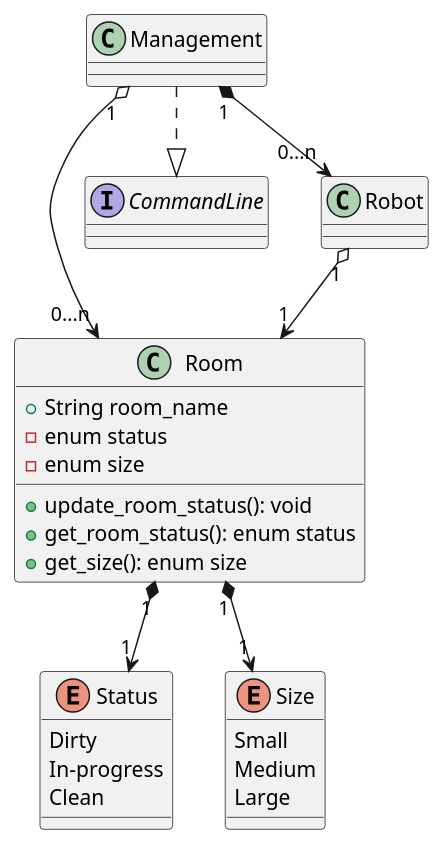
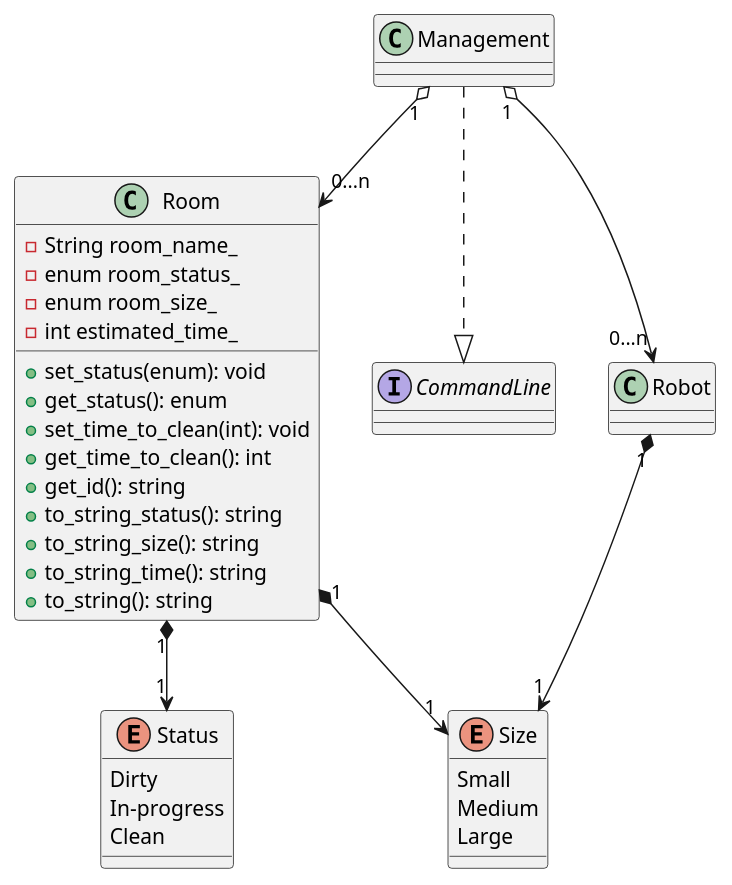
One commit to ur-cs-courses/course-project-krykna changed the diagram in docs/design/class_diagrams/room_class_diagram.puml. Above: the diagram before and after it, drawn with PlantUML. The commit also changed 2 other files, not shown here.

Commit message:
Updated the Room Class design docs + PUML
Up-to-date with the current state of the room class.

```diff
--- a/docs/design/class_diagrams/room_class_diagram.puml
+++ b/docs/design/class_diagrams/room_class_diagram.puml
@@ -1,31 +1,38 @@
 @startuml
 class Room {
-    + String room_name
-    - enum status
-    - enum size
-    + update_room_status(): void
-    + get_room_status(): enum status
-    + get_size(): enum size
+    - String room_name_
+    - enum room_status_
+    - enum room_size_
+    - int estimated_time_
+    + set_status(enum): void
+    + get_status(): enum
+    + set_time_to_clean(int): void 
+    + get_time_to_clean(): int
+    + get_id(): string
+    + to_string_status(): string
+    + to_string_size(): string
+    + to_string_time(): string
+    + to_string(): string
 }
 
 enum Status {
     Dirty
     In-progress
     Clean
 }
 
 enum Size {
     Small
     Medium
     Large
 }
 
 interface CommandLine {}
 
 Management "1" o--> "0...n" Room
-Management "1" *--> "0...n" Robot
-Robot "1" o--> "1" Room
+Management "1" o--> "0...n" Robot
 Room "1" *--> "1" Status
 Room "1" *--> "1" Size
+Robot "1" *--> "1" Size
 Management ..|> CommandLine
 @enduml
```
